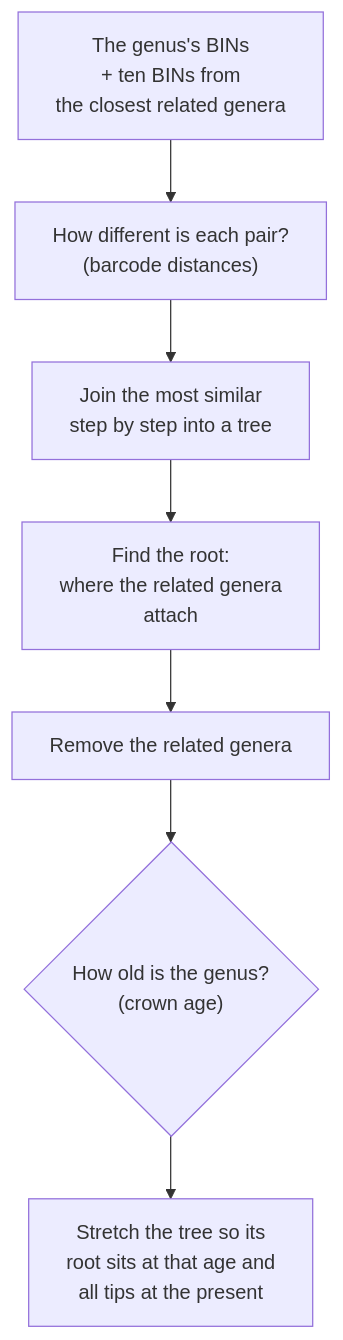
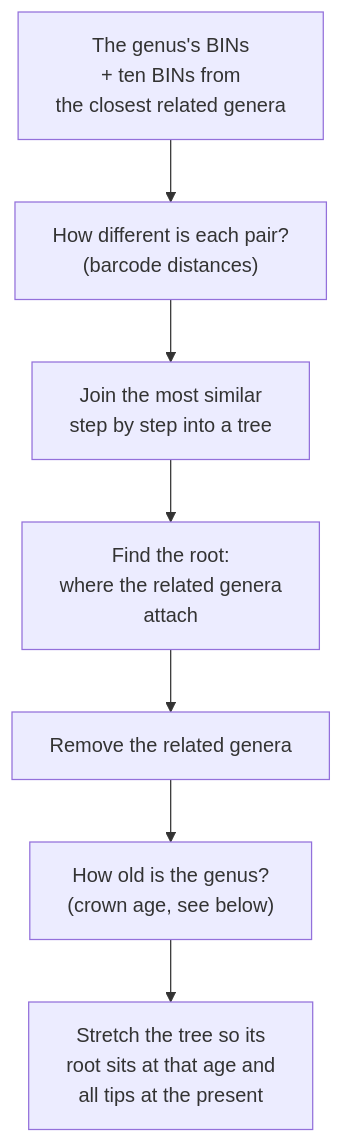
One commit to naturalis/timegraft changed the second of 5 diagrams in docs/science/how-it-works.md. Above: the diagram before and after it, drawn with Mermaid. The commit also changed other lines of this file and 44 other files, not shown here.

````diff
--- a/docs/science/how-it-works.md
+++ b/docs/science/how-it-works.md
@@ -50,9 +50,9 @@
 ```mermaid
 flowchart TB
     bins["The genus's BINs<br/>+ ten BINs from<br/>the closest related genera"] --> distances["How different is each pair?<br/>(barcode distances)"]
     distances --> join["Join the most similar<br/>step by step into a tree"]
     join --> root["Find the root:<br/>where the related genera<br/>attach"]
     root --> drop["Remove the related genera"]
-    drop --> crown{"How old is the genus?<br/>(crown age)"}
+    drop --> crown["How old is the genus?<br/>(crown age, see below)"]
     crown --> date["Stretch the tree so its<br/>root sits at that age and<br/>all tips at the present"]
 ```
````
